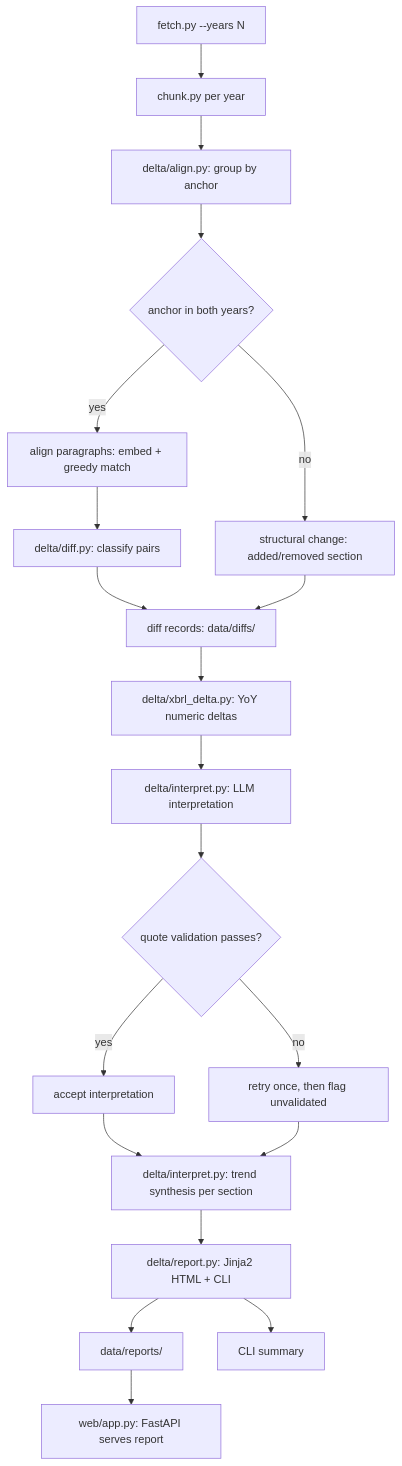
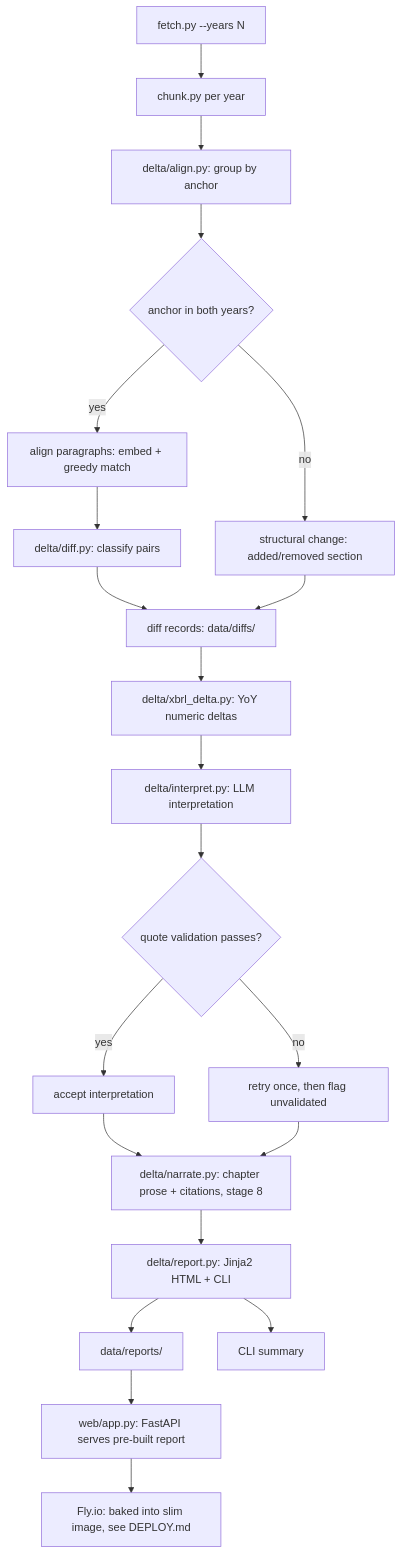
Before and after one commit to pulkyeet/FinDocQA: the diagram in docs/plan/00-ARCHITECTURE.md, drawn with Mermaid. The commit also changed other lines of this file and 37 other files, not shown here.

First line of the commit message:
Delta v2: narrative report rewrite, rebrand, deploy prep

````diff
--- a/docs/plan/00-ARCHITECTURE.md
+++ b/docs/plan/00-ARCHITECTURE.md
@@ -522,22 +529,23 @@
 ```mermaid
 flowchart TD
     A[fetch.py --years N] --> B[chunk.py per year]
     B --> C[delta/align.py: group by anchor]
     C --> D{anchor in both years?}
     D -- yes --> E[align paragraphs: embed + greedy match]
     D -- no --> F[structural change: added/removed section]
     E --> G[delta/diff.py: classify pairs]
     G --> H[diff records: data/diffs/]
     F --> H
     H --> I[delta/xbrl_delta.py: YoY numeric deltas]
     I --> J[delta/interpret.py: LLM interpretation]
     J --> K{quote validation passes?}
     K -- yes --> L[accept interpretation]
     K -- no --> M[retry once, then flag unvalidated]
-    L --> N[delta/interpret.py: trend synthesis per section]
+    L --> N[delta/narrate.py: chapter prose + citations, stage 8]
     M --> N
     N --> O[delta/report.py: Jinja2 HTML + CLI]
     O --> P[data/reports/]
     O --> Q[CLI summary]
-    P --> R[web/app.py: FastAPI serves report]
+    P --> R[web/app.py: FastAPI serves pre-built report]
+    R --> S[Fly.io: baked into slim image, see DEPLOY.md]
 ```
````
